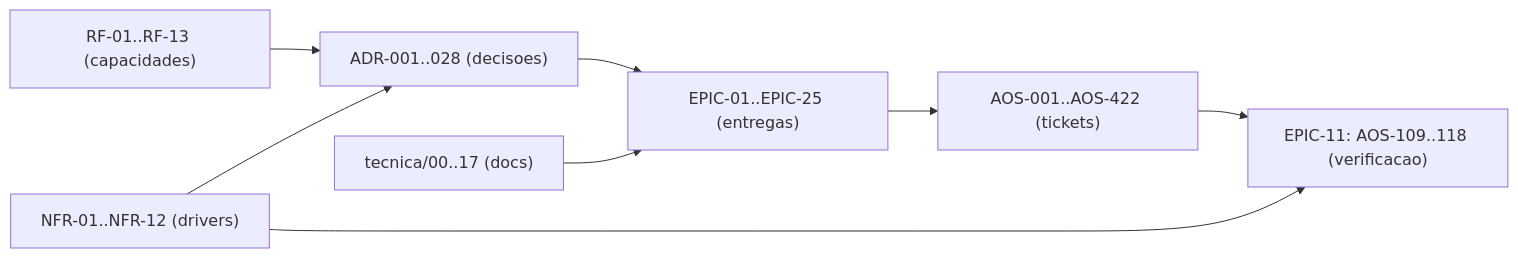
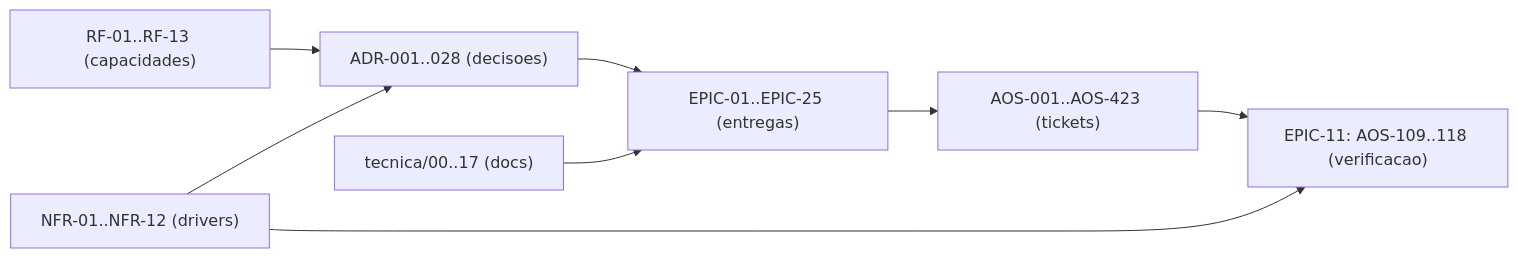
Before and after one commit to albinoJimy/aos: the diagram in tecnica/16_Rastreabilidade_RTM.md, drawn with Mermaid. The commit also changed other lines of this file and 1 other file, not shown here.

````diff
--- a/tecnica/16_Rastreabilidade_RTM.md
+++ b/tecnica/16_Rastreabilidade_RTM.md
@@ -188,10 +188,10 @@
 ```mermaid
 flowchart LR
     RF["RF-01..RF-13 (capacidades)"] --> ADR["ADR-001..028 (decisoes)"]
     NFR["NFR-01..NFR-12 (drivers)"] --> ADR
     ADR --> EPIC["EPIC-01..EPIC-25 (entregas)"]
-    EPIC --> TICK["AOS-001..AOS-422 (tickets)"]
+    EPIC --> TICK["AOS-001..AOS-423 (tickets)"]
     DOC["tecnica/00..17 (docs)"] --> EPIC
     TICK --> TEST["EPIC-11: AOS-109..118 (verificacao)"]
     NFR --> TEST
 ```
````
